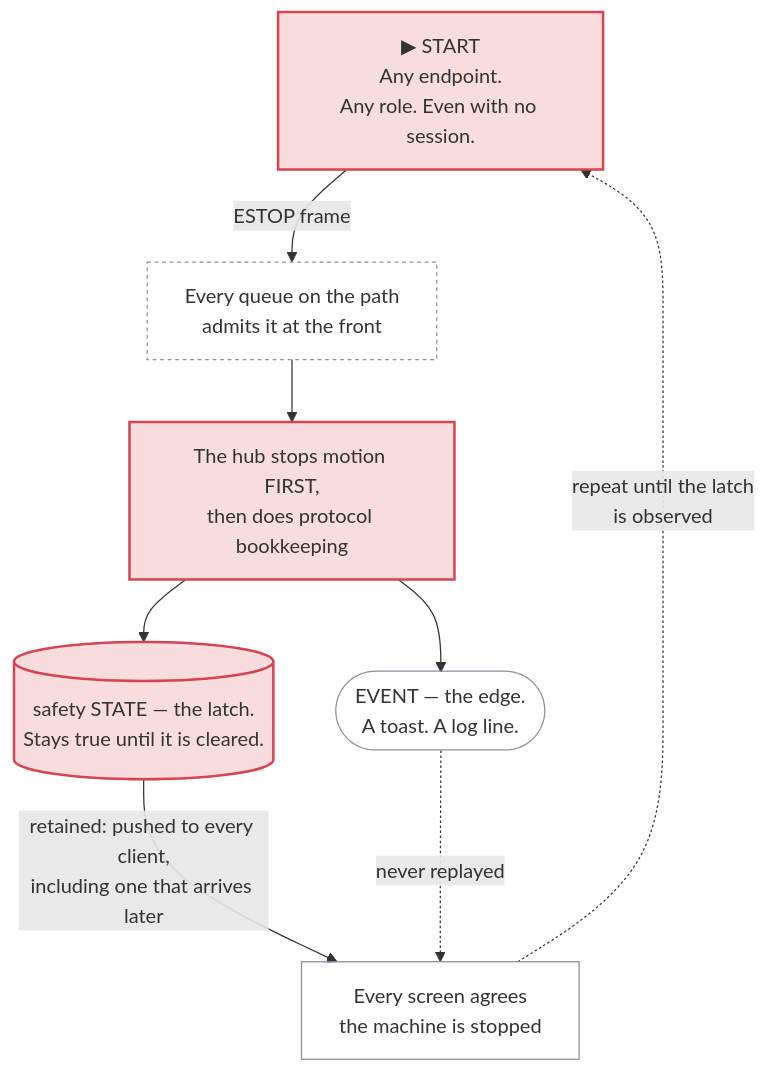
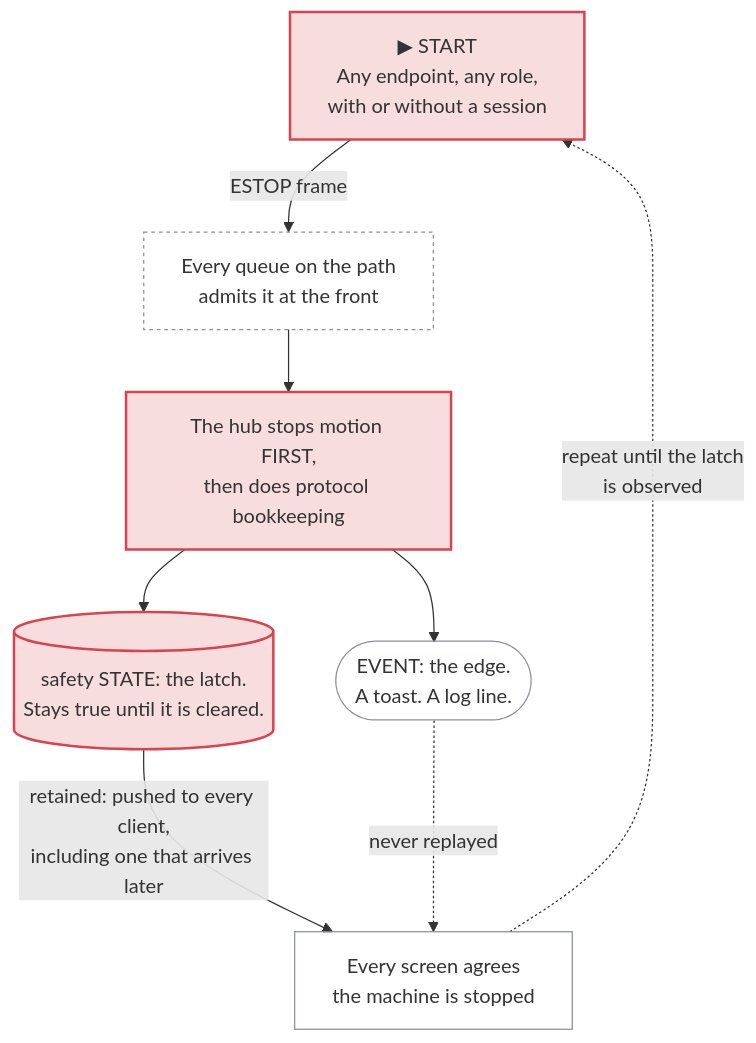
One commit to openvalence/Valence changed the sixth of 7 diagrams in docs-site/docs/understand/how-it-works.md. Above: the diagram before and after it, drawn with Mermaid. The commit also changed other lines of this file and 66 other files, not shown here.

````diff
--- a/docs-site/docs/understand/how-it-works.md
+++ b/docs-site/docs/understand/how-it-works.md
@@ -245,15 +236,15 @@
 ```mermaid
 flowchart TD
-    A["▶ START<br/>Any endpoint.<br/>Any role. Even with no session."]:::safety
+    A["▶ START<br/>Any endpoint, any role,<br/>with or without a session"]:::safety
     A -->|"ESTOP frame"| Q["Every queue on the path<br/>admits it at the front"]:::plumb
     Q --> H["The hub stops motion FIRST,<br/>then does protocol bookkeeping"]:::safety
-    H --> L[("safety STATE — the latch.<br/>Stays true until it is cleared.")]:::safety
-    H --> E(["EVENT — the edge.<br/>A toast. A log line."]):::party
+    H --> L[("safety STATE: the latch.<br/>Stays true until it is cleared.")]:::safety
+    H --> E(["EVENT: the edge.<br/>A toast. A log line."]):::party
     L -->|"retained: pushed to every client,<br/>including one that arrives later"| N["Every screen agrees<br/>the machine is stopped"]:::party
     E -.->|"never replayed"| N
     N -.->|"repeat until the latch<br/>is observed"| A
 
     classDef safety fill:#d8434f2e,stroke:#d8434f,stroke-width:2px
     classDef party fill:none,stroke:#8a8f98
     classDef plumb fill:none,stroke:#8a8f98,stroke-dasharray:3 3
 ```
````
